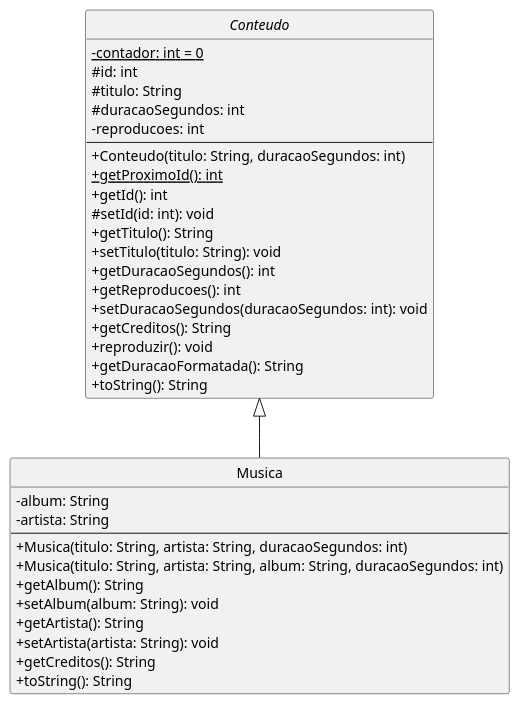
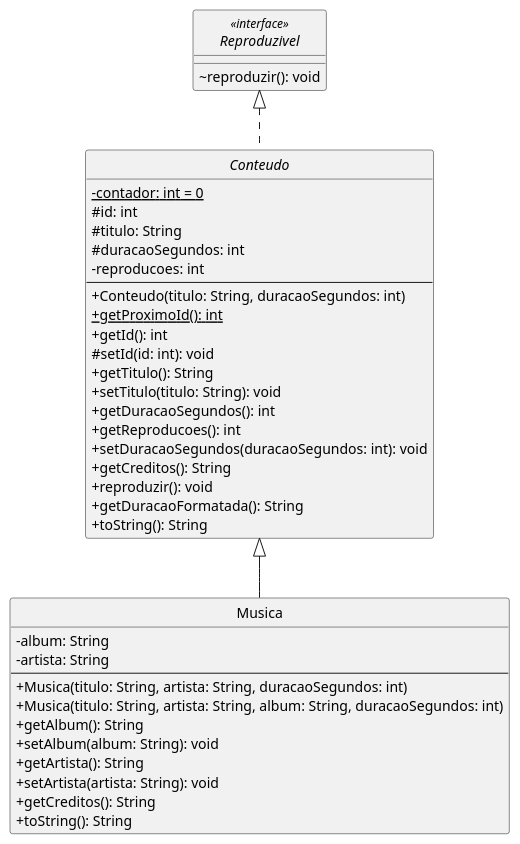
One commit to viictor-h-amaral/FaculBCC changed the diagram in docs/pumls/models/Musica.puml. Above: the diagram before and after it, drawn with PlantUML. The commit also changed 10 other files, not shown here.

Commit message:
Ajuste do diagrama de classes (final) de display do projeto. Apenas arquivos .puml

```diff
--- a/docs/pumls/models/Musica.puml
+++ b/docs/pumls/models/Musica.puml
@@ -3,41 +3,45 @@
 @startuml "Musica class"
 skinparam classAttributeIconSize 0
 hide circle
 
-abstract class Conteudo {
+interface Reproduzivel <<interface>> {
+  ~reproduzir(): void
+}
+
+abstract class Conteudo implements Reproduzivel {
   -{static} contador: int = 0
   #id: int
   #titulo: String
   #duracaoSegundos: int
   -reproducoes: int
   --
   +Conteudo(titulo: String, duracaoSegundos: int)
   +{static} getProximoId(): int
   +getId(): int
   #setId(id: int): void
   +getTitulo(): String
   +setTitulo(titulo: String): void
   +getDuracaoSegundos(): int
   +getReproducoes(): int
   +setDuracaoSegundos(duracaoSegundos: int): void
   +getCreditos(): String
   +reproduzir(): void
   +getDuracaoFormatada(): String
   +toString(): String
 }
 
 class Musica extends Conteudo {
   -album: String
   -artista: String
   --
   +Musica(titulo: String, artista: String, duracaoSegundos: int)
   +Musica(titulo: String, artista: String, album: String, duracaoSegundos: int)
   +getAlbum(): String
   +setAlbum(album: String): void
   +getArtista(): String
   +setArtista(artista: String): void
   +getCreditos(): String
   +toString(): String
 }
 
 @enduml
```
